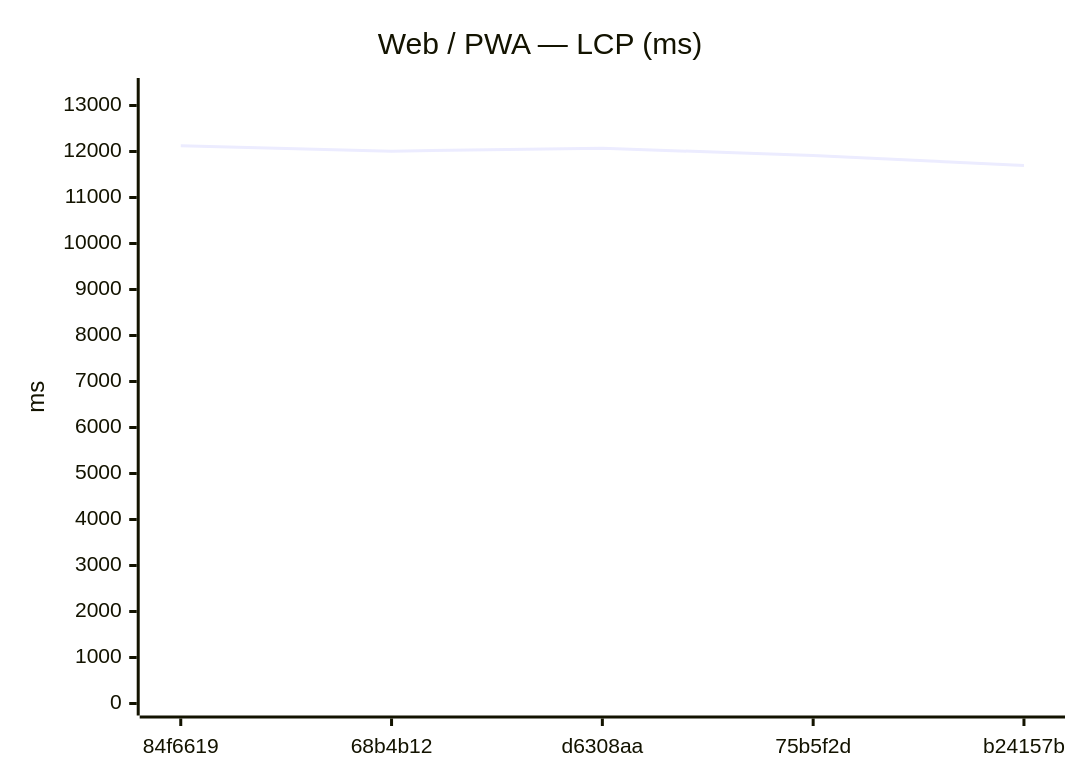
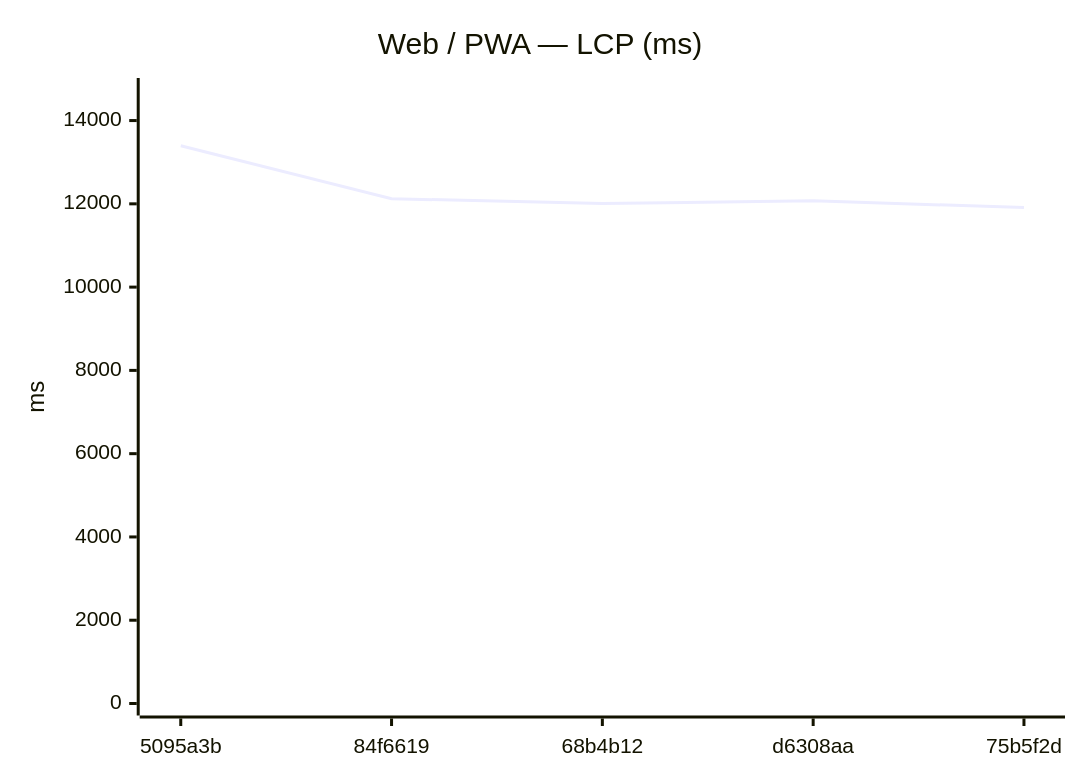
One commit to Metaheurist/Rianell changed the seventh of 18 diagrams in benchmarks/compare.md. Above: the diagram before and after it, drawn with Mermaid. The commit also changed other lines of this file and 11 other files, not shown here.

````diff
--- a/benchmarks/compare.md
+++ b/benchmarks/compare.md
@@ -117,7 +117,7 @@
 ```mermaid
 xychart-beta
     title "Web / PWA — LCP (ms)"
-    x-axis ["84f6619", "68b4b12", "d6308aa", "75b5f2d", "b24157b"]
-    y-axis "ms" 0 --> 13337
-    line [12124, 12007, 12072, 11911, 11695]
+    x-axis ["5095a3b", "84f6619", "68b4b12", "d6308aa", "75b5f2d"]
+    y-axis "ms" 0 --> 14734
+    line [13394, 12124, 12007, 12072, 11911]
 ```
````
